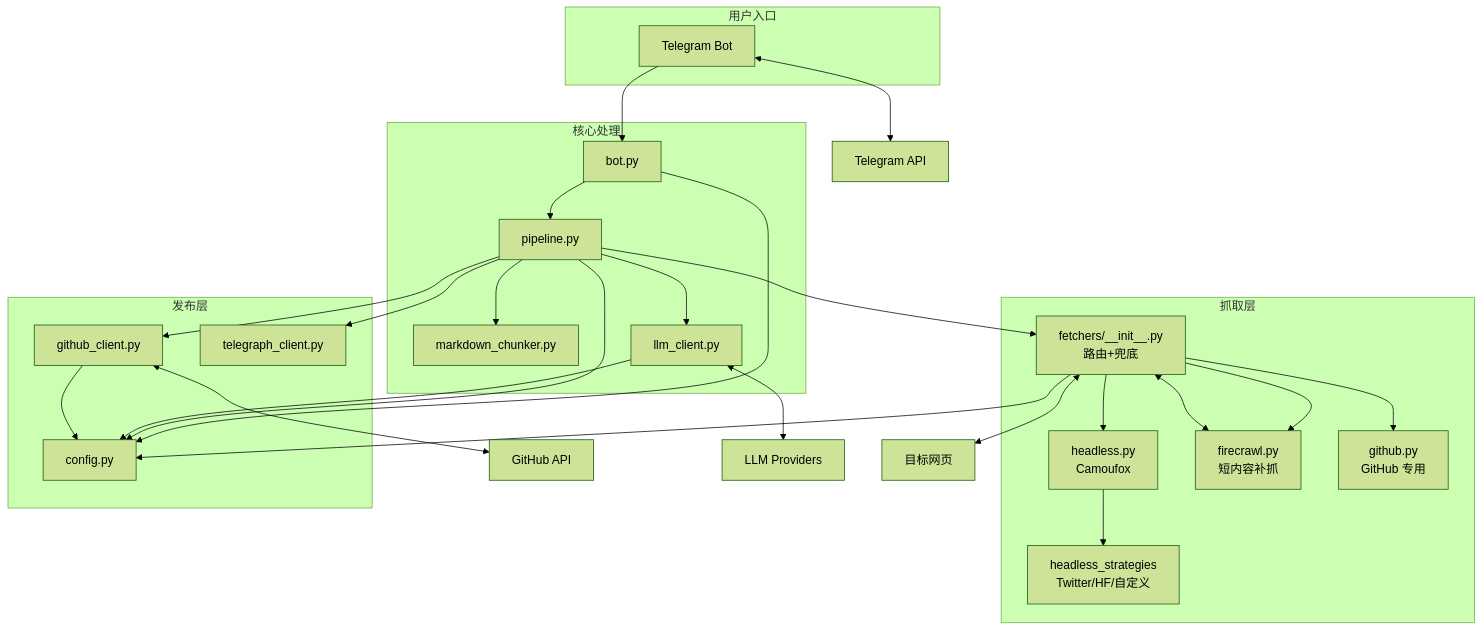
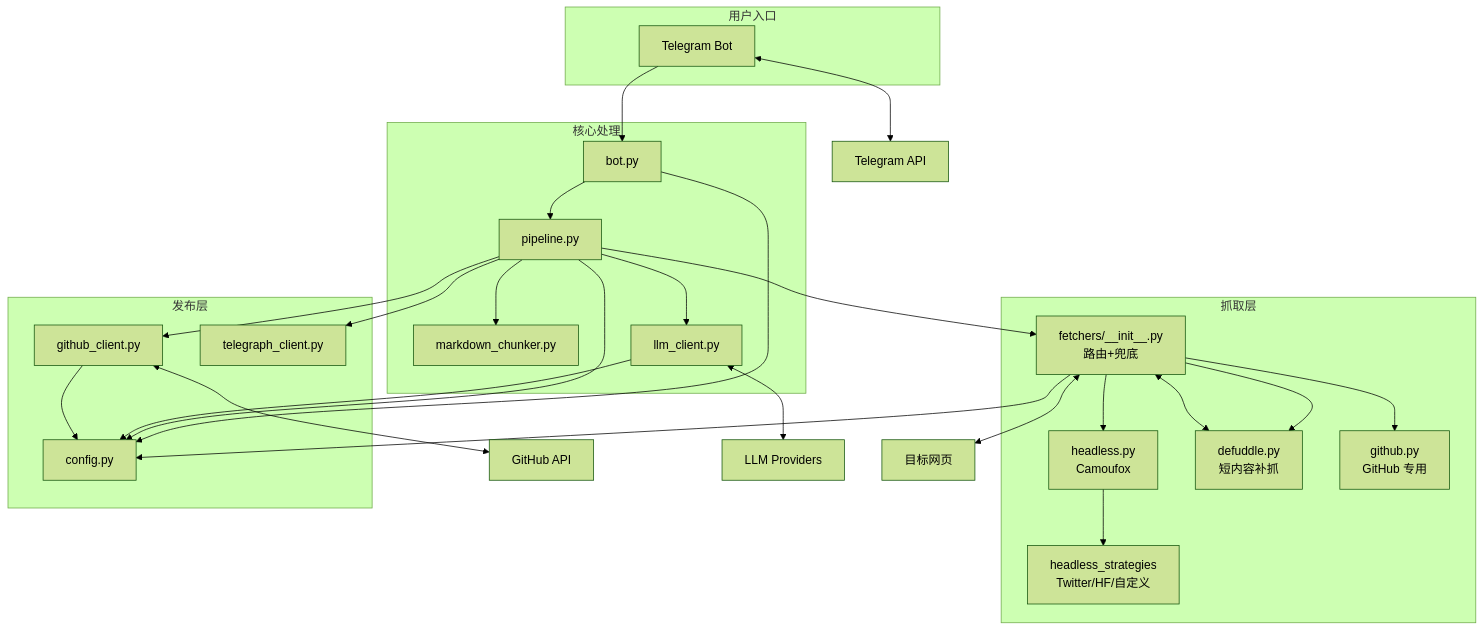
One commit to tiaot33/websum-to-git changed the diagram in CLAUDE.md. Above: the diagram before and after it, drawn with Mermaid (forest theme). The commit also changed other lines of this file and 20 other files, not shown here.

First line of the commit message:
♻️ refactor(fetchers): 将 Firecrawl 替换为 Defuddle 并新增 URL 追踪参数清理

````diff
--- a/CLAUDE.md
+++ b/CLAUDE.md
@@ -42,51 +42,51 @@
 ```mermaid
 flowchart TB
     subgraph 用户入口
         TG[Telegram Bot]
     end
 
     subgraph 抓取层
         ROUTER[fetchers/__init__.py<br/>路由+兜底]
         HEADLESS[headless.py<br/>Camoufox]
         STRAT[headless_strategies<br/>Twitter/HF/自定义]
-        FIRE[firecrawl.py<br/>短内容补抓]
+        DEFUDDLE[defuddle.py<br/>短内容补抓]
         GH_FETCH[github.py<br/>GitHub 专用]
     end
 
     subgraph 核心处理
         BOT[bot.py]
         PIPE[pipeline.py]
         CHUNK[markdown_chunker.py]
         LLM[llm_client.py]
     end
 
     subgraph 发布层
         GH[github_client.py]
         TELE[telegraph_client.py]
         CFG[config.py]
     end
 
     TG --> BOT
     BOT --> PIPE
     PIPE --> ROUTER
     ROUTER --> GH_FETCH
     ROUTER --> HEADLESS
     HEADLESS --> STRAT
-    ROUTER --> FIRE
+    ROUTER --> DEFUDDLE
     PIPE --> CHUNK
     PIPE --> LLM
     PIPE --> GH
     PIPE --> TELE
 
     BOT --> CFG
     PIPE --> CFG
     ROUTER --> CFG
     LLM --> CFG
     GH --> CFG
 
-    ROUTER <--> FIRE
+    ROUTER <--> DEFUDDLE
     TG <--> TGAPI[Telegram API]
     GH <--> GHAPI[GitHub API]
     LLM <--> LLMAPI[LLM Providers]
     ROUTER <--> WEB[目标网页]
 ```
````
